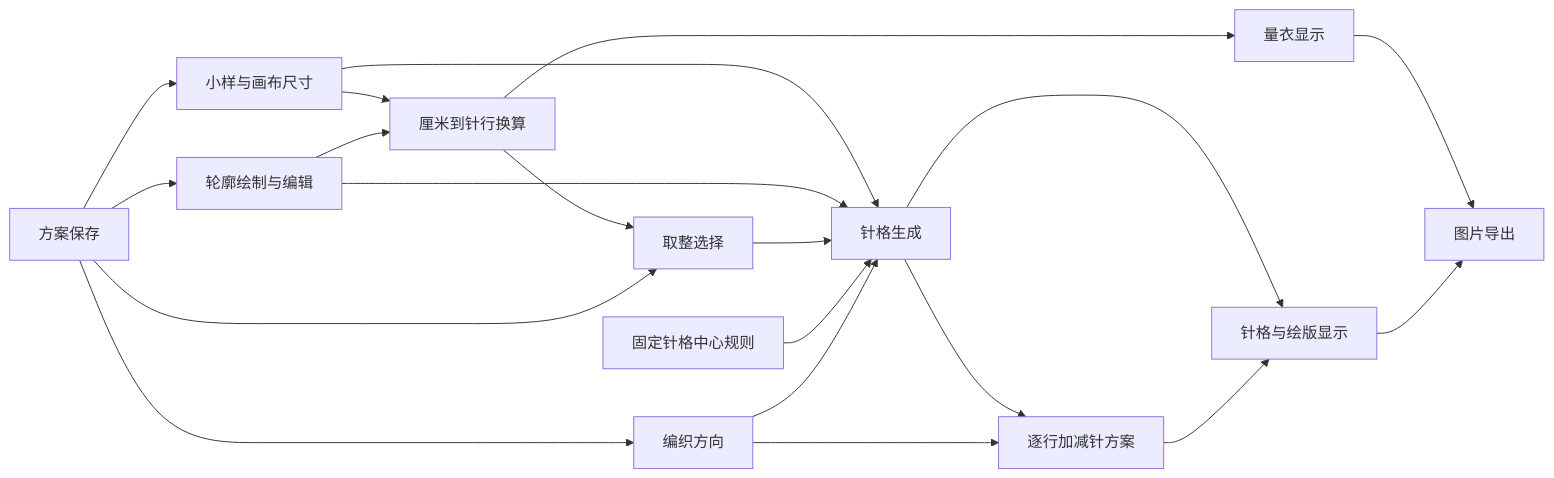
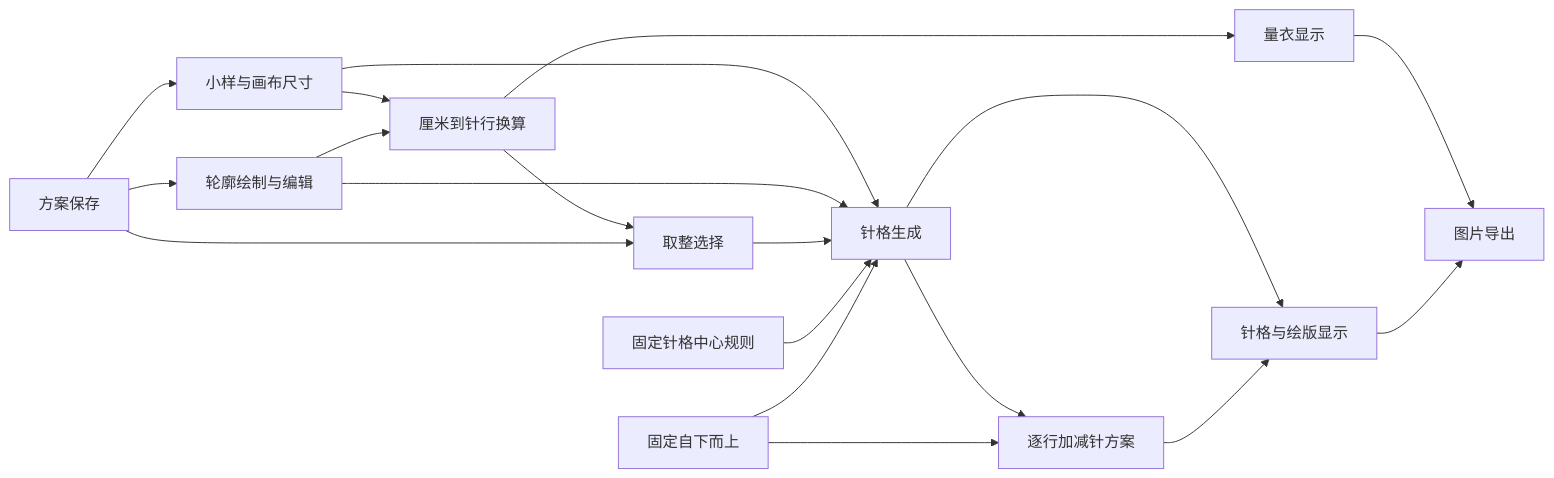
One commit to huiniu80/90423knit-tool-web changed the diagram in docs/产品总览.md. Above: the diagram before and after it, drawn with Mermaid. The commit also changed other lines of this file and 10 other files, not shown here.

````diff
--- a/docs/产品总览.md
+++ b/docs/产品总览.md
@@ -59,22 +59,21 @@
 ```mermaid
 flowchart LR
   A["小样与画布尺寸"] --> B["厘米到针行换算"]
   C["轮廓绘制与编辑"] --> B
   B --> D["取整选择"]
   A --> E["针格生成"]
   C --> E
   D --> E
   F["固定针格中心规则"] --> E
   E --> G["逐行加减针方案"]
-  H["编织方向"] --> E
+  H["固定自下而上"] --> E
   H --> G
   B --> I["量衣显示"]
   E --> J["针格与绘版显示"]
   G --> J
   I --> K["图片导出"]
   J --> K
   L["方案保存"] --> A
   L --> C
   L --> D
-  L --> H
 ```
````
